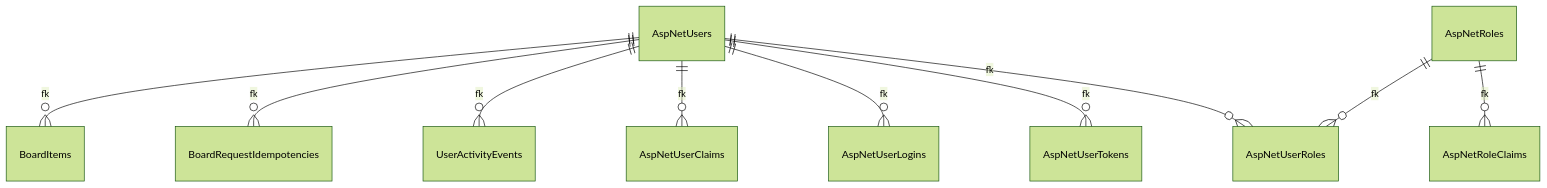
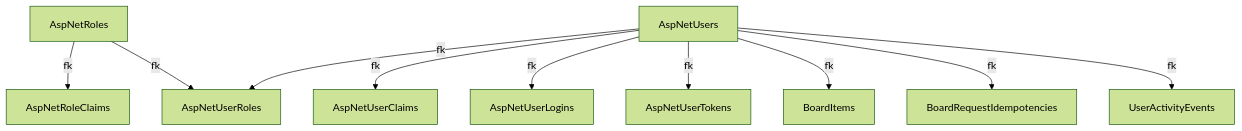
One commit to kadato/Habitinator changed the second of 2 diagrams in README.md. Above: the diagram before and after it, drawn with Mermaid (forest theme). The commit also changed other lines of this file and 2 other files, not shown here.

Commit message:
docs(diagrams): flowchart-first Mermaid and sync README embeds

````diff
--- a/README.md
+++ b/README.md
@@ -506,13 +506,23 @@
 ```mermaid
+flowchart TB
 %% Auto-generated from EF Core ApplicationDbContextModelSnapshot
-erDiagram
-  AspNetUsers ||--o{ BoardItems : "fk"
-  AspNetUsers ||--o{ BoardRequestIdempotencies : "fk"
-  AspNetUsers ||--o{ UserActivityEvents : "fk"
-  AspNetRoles ||--o{ AspNetRoleClaims : "fk"
-  AspNetUsers ||--o{ AspNetUserClaims : "fk"
-  AspNetUsers ||--o{ AspNetUserLogins : "fk"
-  AspNetRoles ||--o{ AspNetUserRoles : "fk"
-  AspNetUsers ||--o{ AspNetUserRoles : "fk"
-  AspNetUsers ||--o{ AspNetUserTokens : "fk"
+  AspNetRoleClaims["AspNetRoleClaims"]
+  AspNetRoles["AspNetRoles"]
+  AspNetUserClaims["AspNetUserClaims"]
+  AspNetUserLogins["AspNetUserLogins"]
+  AspNetUserRoles["AspNetUserRoles"]
+  AspNetUserTokens["AspNetUserTokens"]
+  AspNetUsers["AspNetUsers"]
+  BoardItems["BoardItems"]
+  BoardRequestIdempotencies["BoardRequestIdempotencies"]
+  UserActivityEvents["UserActivityEvents"]
+  AspNetRoles -->|fk| AspNetRoleClaims
+  AspNetRoles -->|fk| AspNetUserRoles
+  AspNetUsers -->|fk| AspNetUserClaims
+  AspNetUsers -->|fk| AspNetUserLogins
+  AspNetUsers -->|fk| AspNetUserRoles
+  AspNetUsers -->|fk| AspNetUserTokens
+  AspNetUsers -->|fk| BoardItems
+  AspNetUsers -->|fk| BoardRequestIdempotencies
+  AspNetUsers -->|fk| UserActivityEvents
 ```
````
